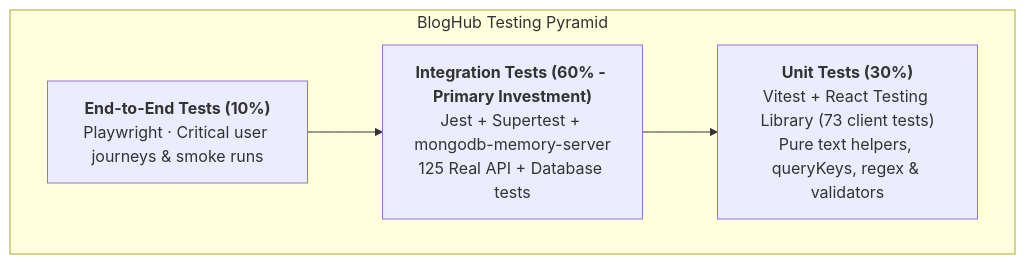
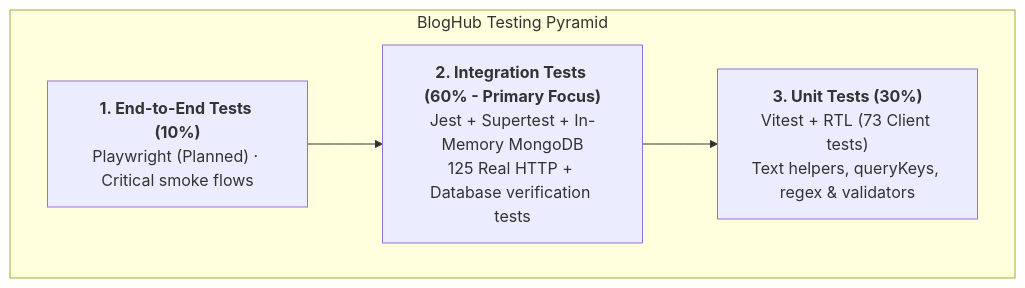
The first of 2 diagrams in docs/testing.md (Purvesh-PJ/bloghub), drawn with Mermaid before and after one commit. The commit also changed other lines of this file, not shown here.

Commit message:
docs: restructure testing reference with hierarchical section and subsection numbering

````diff
--- a/docs/testing.md
+++ b/docs/testing.md
@@ -93,11 +64,11 @@
 ```mermaid
 graph TB
     subgraph TestingPyramid["BlogHub Testing Pyramid"]
-        E2E["<b>End-to-End Tests (10%)</b><br/>Playwright · Critical user journeys & smoke runs"]
-        Integration["<b>Integration Tests (60% - Primary Investment)</b><br/>Jest + Supertest + mongodb-memory-server<br/>125 Real API + Database tests"]
-        Unit["<b>Unit Tests (30%)</b><br/>Vitest + React Testing Library (73 client tests)<br/>Pure text helpers, queryKeys, regex & validators"]
+        E2E["<b>1. End-to-End Tests (10%)</b><br/>Playwright (Planned) · Critical smoke flows"]
+        Integration["<b>2. Integration Tests (60% - Primary Focus)</b><br/>Jest + Supertest + In-Memory MongoDB<br/>125 Real HTTP + Database verification tests"]
+        Unit["<b>3. Unit Tests (30%)</b><br/>Vitest + RTL (73 Client tests)<br/>Text helpers, queryKeys, regex & validators"]
     end
 
     E2E --> Integration
     Integration --> Unit
 ```
````
